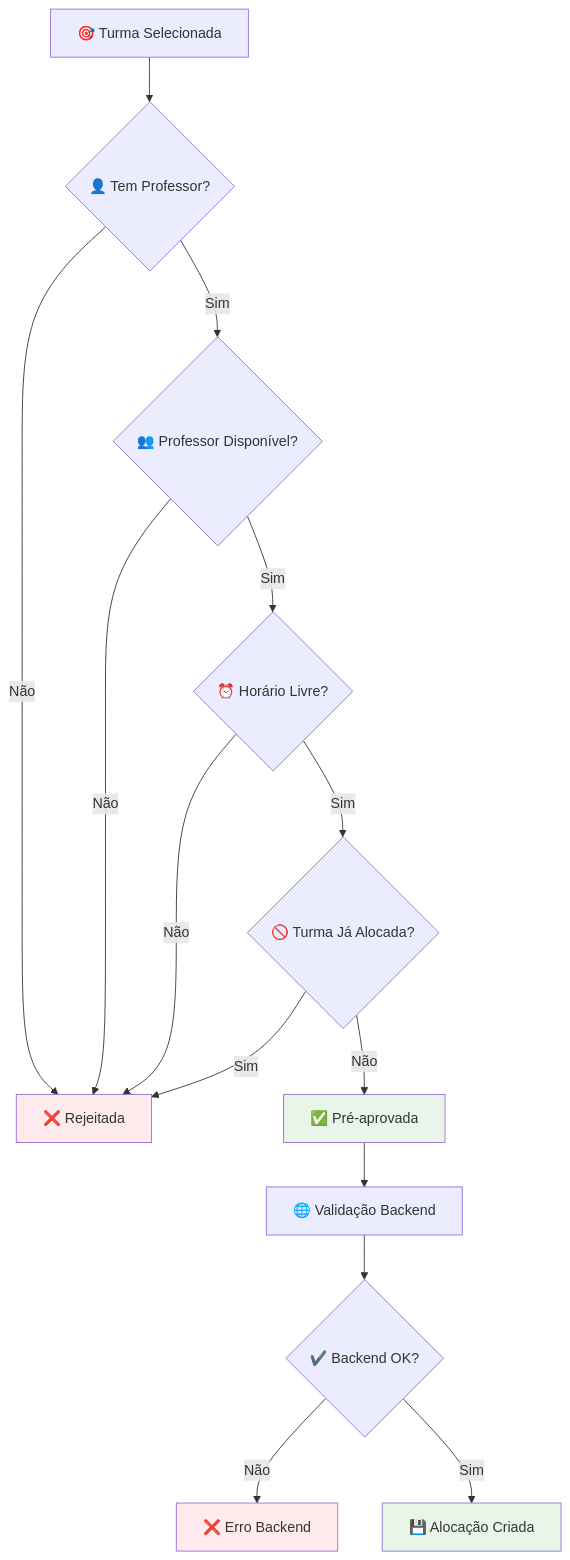
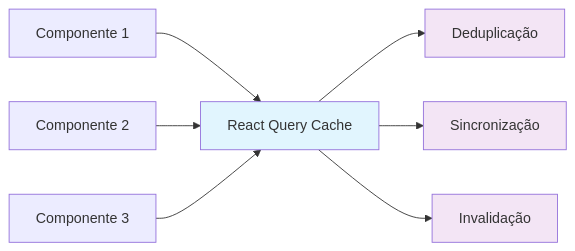
The fourth of 4 diagrams in src/features/propostas-horario/README.md (Jonserafim7/frontend-pi), drawn with Mermaid before and after one commit. The commit also changed other lines of this file and 57 other files, not shown here.

````diff
--- a/src/features/propostas-horario/README.md
+++ b/src/features/propostas-horario/README.md
@@ -567,26 +200,15 @@
 ```mermaid
-graph TD
-    A[🎯 Turma Selecionada] --> B{👤 Tem Professor?}
-    B -->|Não| C[❌ Rejeitada]
-    B -->|Sim| D{👥 Professor Disponível?}
+graph LR
+    A[Componente 1] --> C[React Query Cache]
+    B[Componente 2] --> C
+    D[Componente 3] --> C
 
-    D -->|Não| C
-    D -->|Sim| E{⏰ Horário Livre?}
+    C --> E[Deduplicação]
+    C --> F[Sincronização]
+    C --> G[Invalidação]
 
-    E -->|Não| C
-    E -->|Sim| F{🚫 Turma Já Alocada?}
-
-    F -->|Sim| C
-    F -->|Não| G[✅ Pré-aprovada]
-
-    G --> H[🌐 Validação Backend]
-    H --> I{✔️ Backend OK?}
-
-    I -->|Não| J[❌ Erro Backend]
-    I -->|Sim| K[💾 Alocação Criada]
-
-    style C fill:#ffebee
-    style G fill:#e8f5e8
-    style K fill:#e8f5e8
-    style J fill:#ffebee
+    style C fill:#e1f5fe
+    style E fill:#f3e5f5
+    style F fill:#f3e5f5
+    style G fill:#f3e5f5
 ```
````
